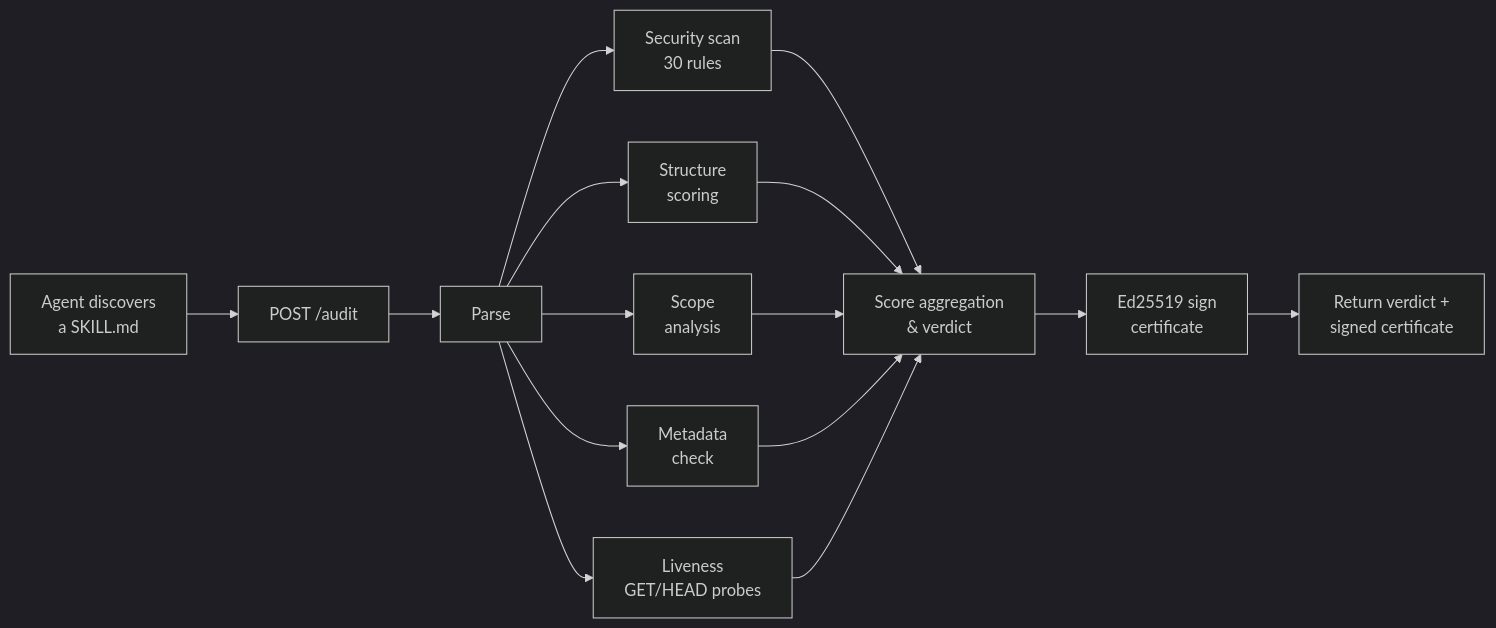
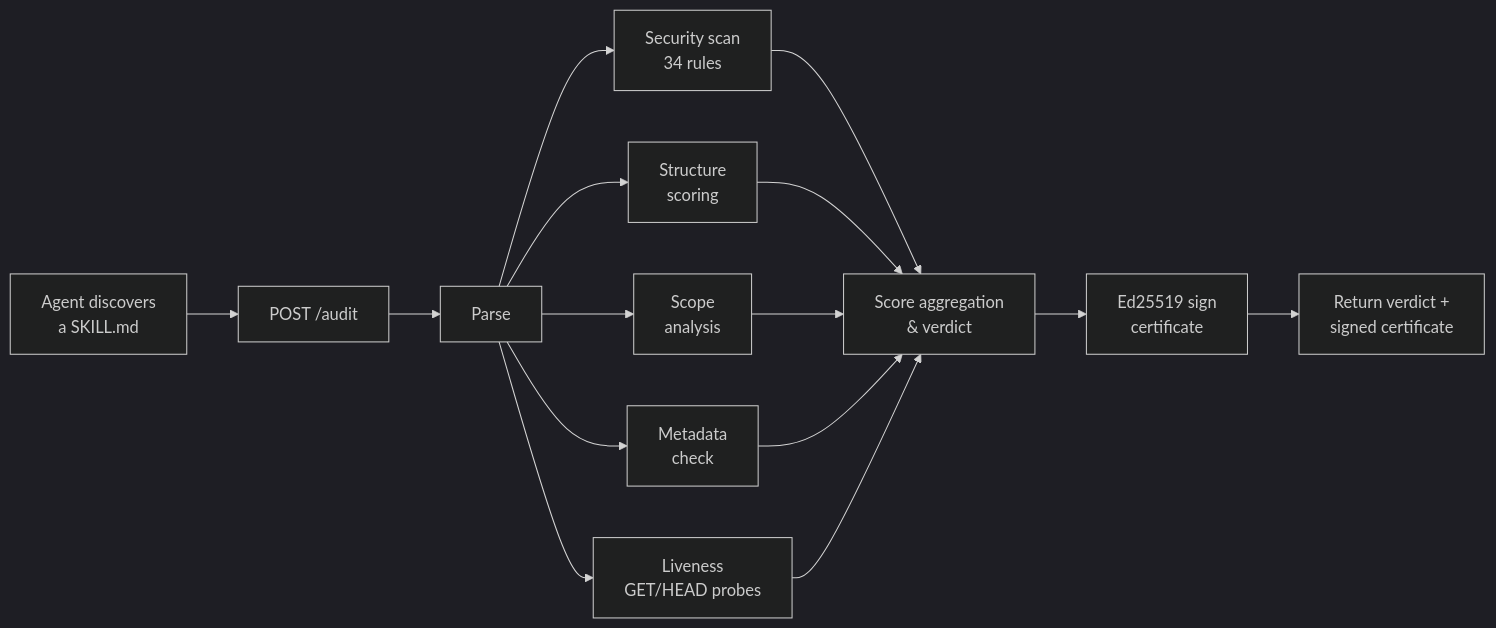
The diagram in README.md (VladimirPutkov/auditskill), drawn with Mermaid (dark theme) before and after one commit. The commit also changed other lines of this file and 13 other files, not shown here.

````diff
--- a/README.md
+++ b/README.md
@@ -44,13 +44,13 @@
 ```mermaid
 flowchart LR
     A["Agent discovers<br/>a SKILL.md"] --> B["POST /audit"]
     B --> C["Parse"]
-    C --> D["Security scan<br/>30 rules"]
+    C --> D["Security scan<br/>34 rules"]
     C --> E["Structure<br/>scoring"]
     C --> F["Scope<br/>analysis"]
     C --> G["Metadata<br/>check"]
     C --> H["Liveness<br/>GET/HEAD probes"]
     D & E & F & G & H --> I["Score aggregation<br/>& verdict"]
     I --> J["Ed25519 sign<br/>certificate"]
     J --> K["Return verdict +<br/>signed certificate"]
 ```
````
